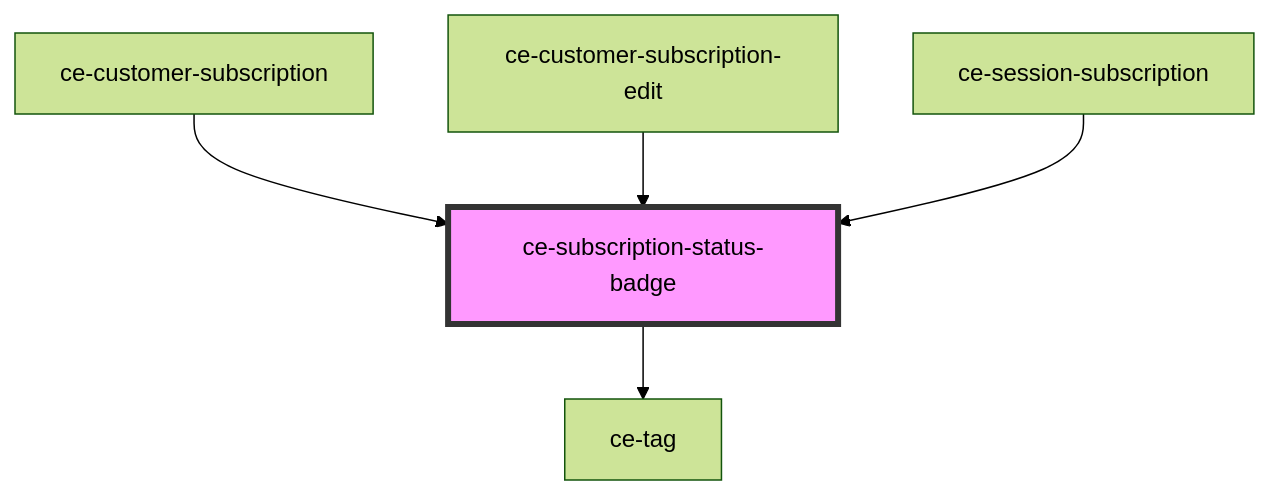
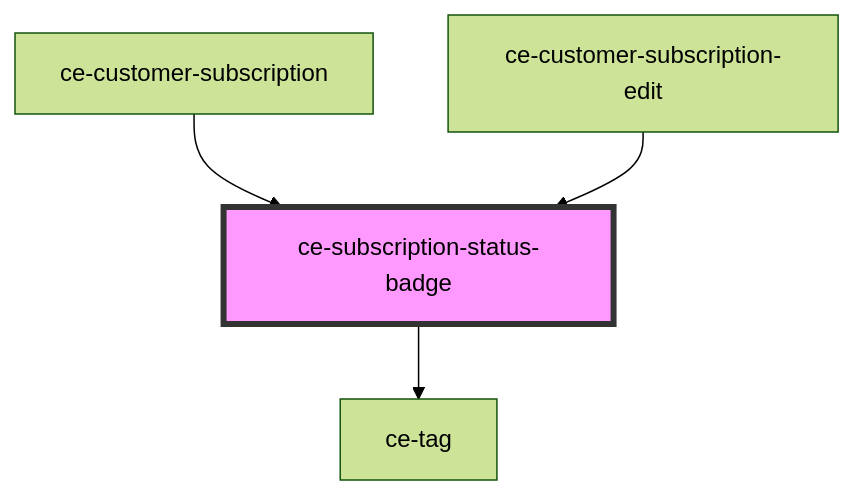
The diagram in packages/components/src/components/ui/subscription-status-badge/readme.md (surecart/surecart-wp-plugin), drawn with Mermaid (forest theme) before and after one commit. The commit also changed other lines of this file and 101 other files, not shown here.

````diff
--- a/packages/components/src/components/ui/subscription-status-badge/readme.md
+++ b/packages/components/src/components/ui/subscription-status-badge/readme.md
@@ -31,8 +30,7 @@
 ```mermaid
 graph TD;
   ce-subscription-status-badge --> ce-tag
   ce-customer-subscription --> ce-subscription-status-badge
   ce-customer-subscription-edit --> ce-subscription-status-badge
-  ce-session-subscription --> ce-subscription-status-badge
   style ce-subscription-status-badge fill:#f9f,stroke:#333,stroke-width:4px
 ```
````
